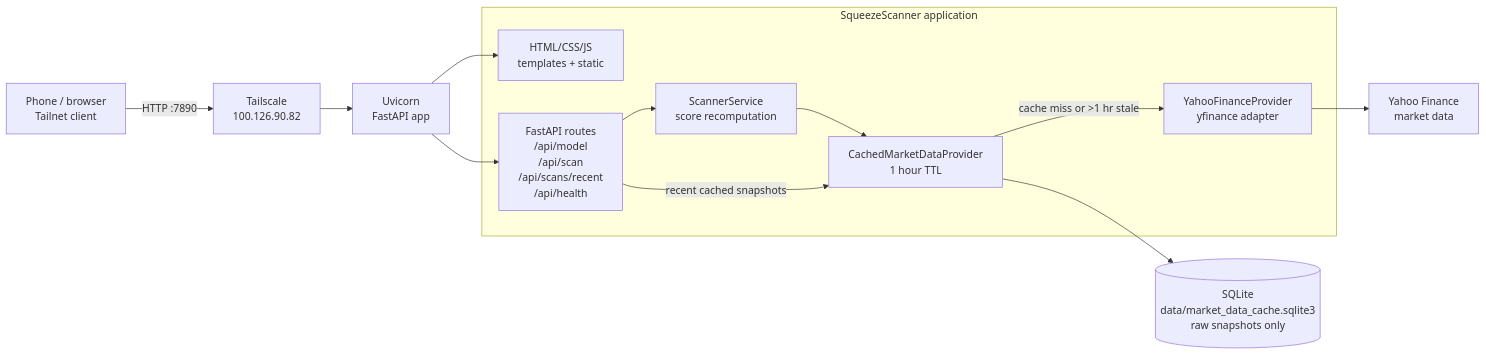
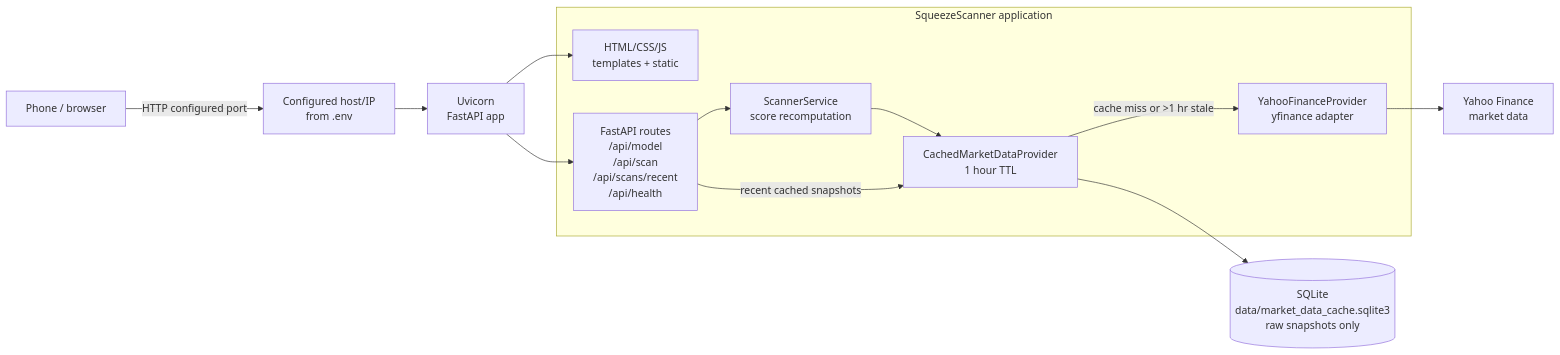
The first of 2 diagrams in ARCHITECTURE.md (agorevski/SqueezeScanner), drawn with Mermaid before and after one commit. The commit also changed other lines of this file and 9 other files, not shown here.

````diff
--- a/ARCHITECTURE.md
+++ b/ARCHITECTURE.md
@@ -3,22 +3,22 @@
 ```mermaid
 flowchart LR
-    Phone["Phone / browser<br/>Tailnet client"] -->|HTTP :7890| Tailnet["Tailscale<br/>100.126.90.82"]
-    Tailnet --> Uvicorn["Uvicorn<br/>FastAPI app"]
+    Phone["Phone / browser"] -->|HTTP configured port| Network["Configured host/IP<br/>from .env"]
+    Network --> Uvicorn["Uvicorn<br/>FastAPI app"]
 
     subgraph WebApp["SqueezeScanner application"]
         UI["HTML/CSS/JS<br/>templates + static"]
         API["FastAPI routes<br/>/api/model<br/>/api/scan<br/>/api/scans/recent<br/>/api/health"]
         Scanner["ScannerService<br/>score recomputation"]
         CacheProvider["CachedMarketDataProvider<br/>1 hour TTL"]
         YahooProvider["YahooFinanceProvider<br/>yfinance adapter"]
     end
 
     Uvicorn --> UI
     Uvicorn --> API
     API --> Scanner
     Scanner --> CacheProvider
     API -->|"recent cached snapshots"| CacheProvider
     CacheProvider --> SQLite[("SQLite<br/>data/market_data_cache.sqlite3<br/>raw snapshots only")]
     CacheProvider -->|"cache miss or >1 hr stale"| YahooProvider
     YahooProvider --> Yahoo["Yahoo Finance<br/>market data"]
 ```
````
